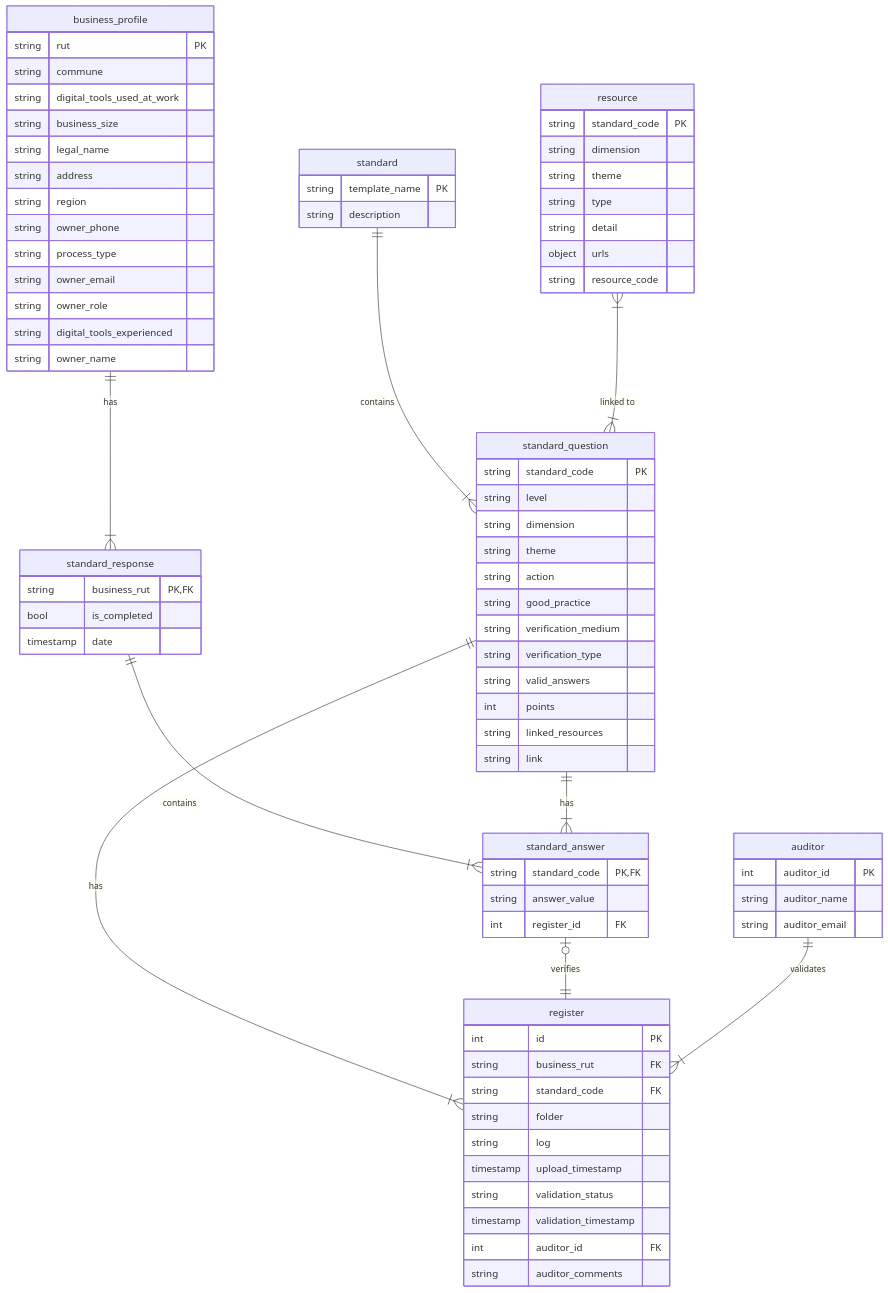
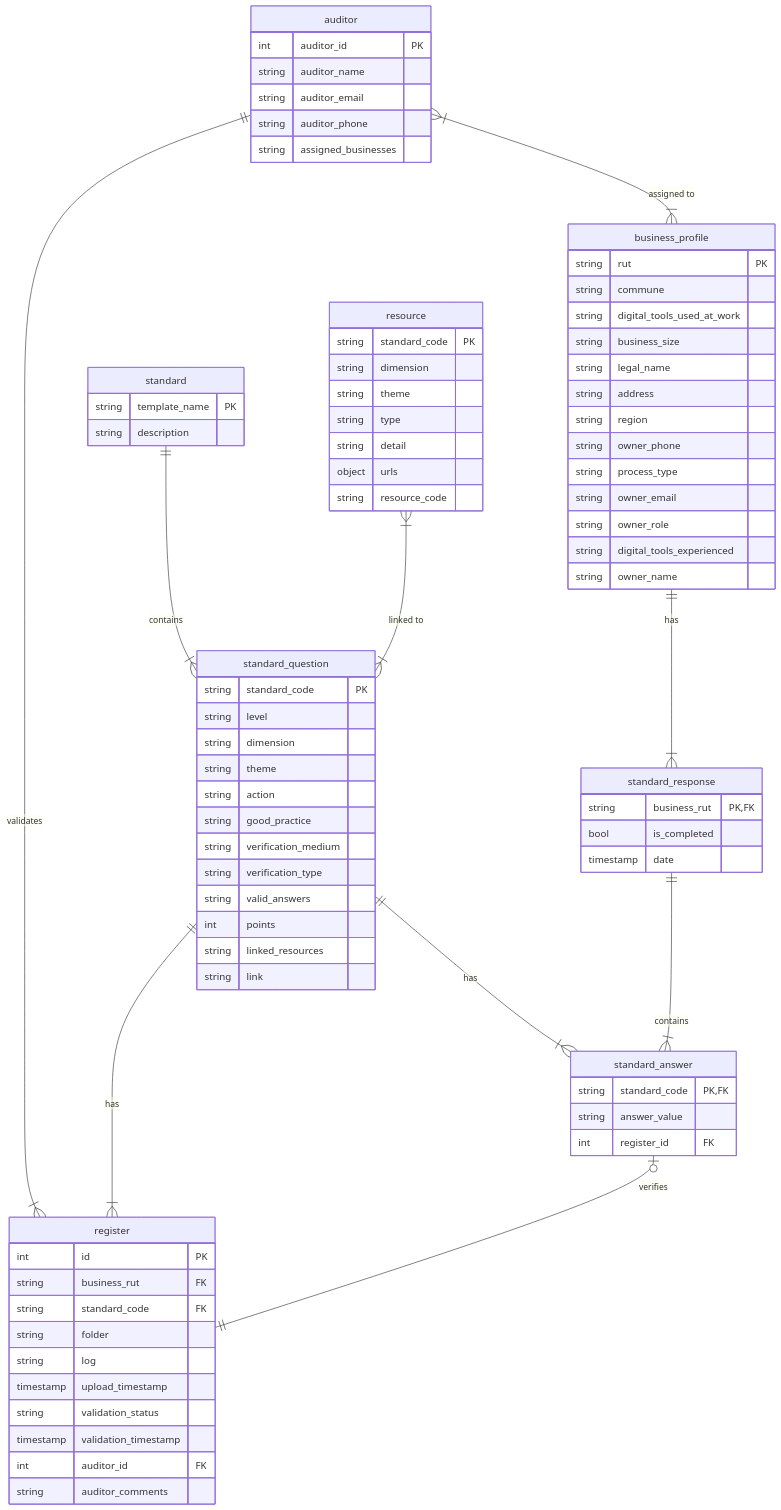
One commit to talukspa/agro_extension_digital_project changed the diagram in data_model/README.md. Above: the diagram before and after it, drawn with Mermaid. The commit also changed other lines of this file and 1 other file, not shown here.

Commit message:
adding extra fields

````diff
--- a/data_model/README.md
+++ b/data_model/README.md
@@ -126,6 +128,7 @@
     standard_question ||--|{ standard_answer : "has"
     standard_answer |o--|| register : "verifies"
     auditor ||--|{ register : "validates"
+    auditor }|--|{ business_profile : "assigned to"
     resource }|--|{ standard_question : "linked to"
 
     business_profile {
@@ -204,5 +207,7 @@
         int auditor_id PK
         string auditor_name
         string auditor_email
+        string auditor_phone
+        string assigned_businesses
     }
 ```
````
